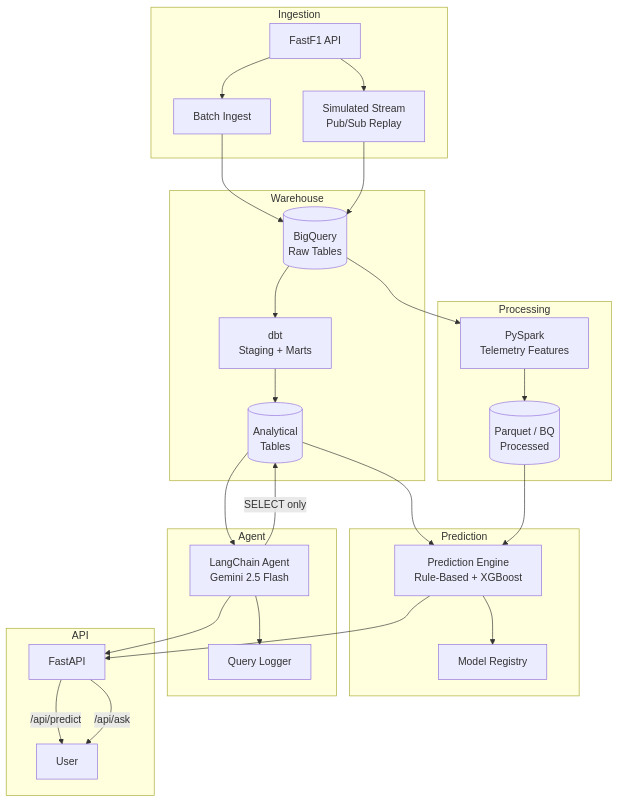
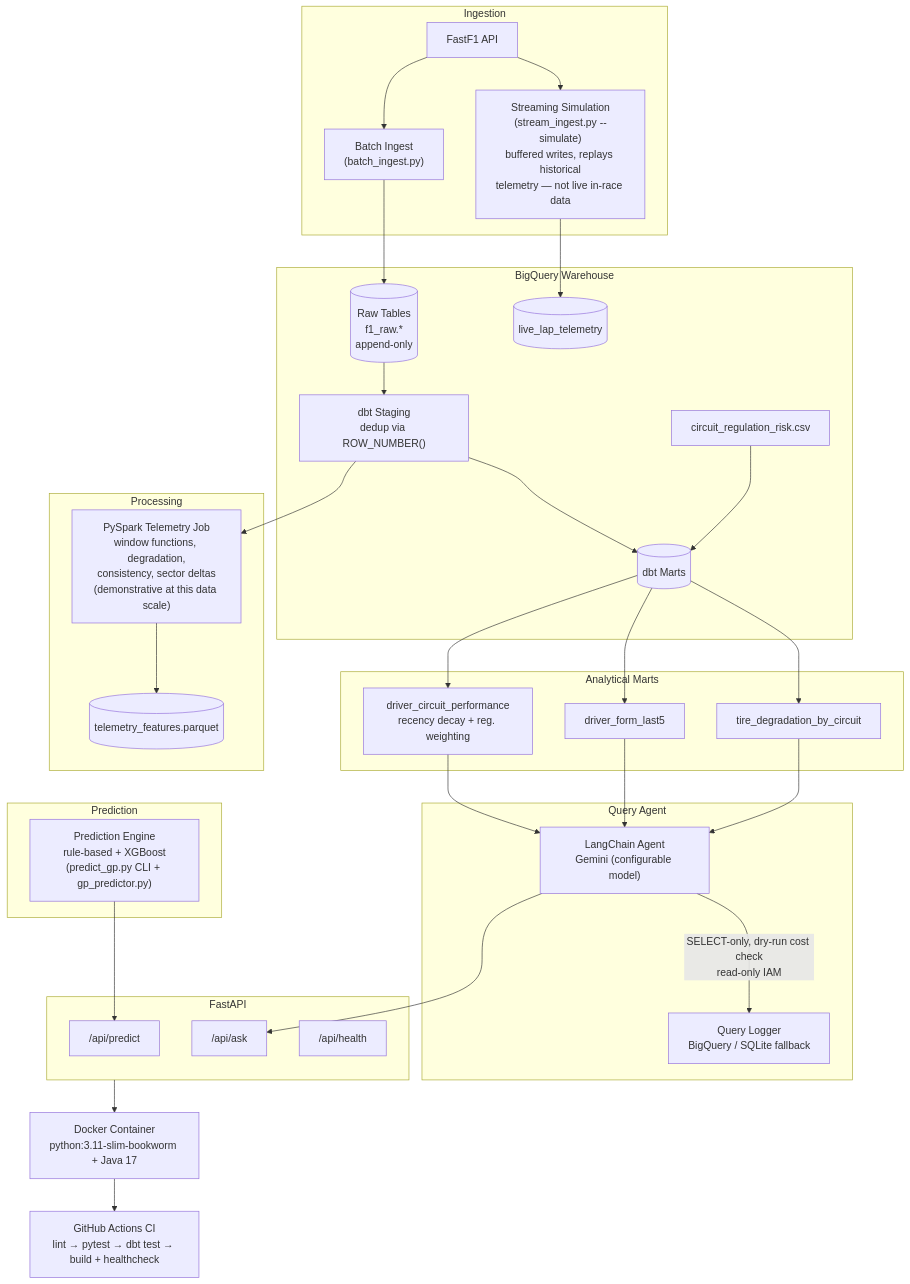
Before and after one commit to Aaryaman-Kattali/F1-Race-Intelligence-Platform: the diagram in README.md, drawn with Mermaid. The commit also changed other lines of this file, not shown here.

````diff
--- a/README.md
+++ b/README.md
@@ -7,38 +19,46 @@
 ```mermaid
 graph TB
     subgraph Ingestion
-        FF[FastF1 API] --> BI[Batch Ingest]
-        FF --> SI[Simulated Stream<br>Pub/Sub Replay]
+        FF[FastF1 API] --> BI["Batch Ingest<br/>(batch_ingest.py)"]
+        FF --> SI["Streaming Simulation<br/>(stream_ingest.py --simulate)<br/>buffered writes, replays historical<br/>telemetry — not live in-race data"]
     end
 
-    subgraph Warehouse
-        BI --> BQ[(BigQuery<br>Raw Tables)]
-        SI --> BQ
-        BQ --> DBT[dbt<br>Staging + Marts]
-        DBT --> AN[(Analytical<br>Tables)]
+    subgraph Warehouse["BigQuery Warehouse"]
+        BI --> RAW[("Raw Tables<br/>f1_raw.*<br/>append-only")]
+        SI --> LLT[("live_lap_telemetry")]
+        RAW --> STG["dbt Staging<br/>dedup via ROW_NUMBER()"]
+        STG --> MARTS[("dbt Marts")]
+        SEED["circuit_regulation_risk.csv"] --> MARTS
+    end
+
+    subgraph Marts["Analytical Marts"]
+        MARTS --> DCP["driver_circuit_performance<br/>recency decay + reg. weighting"]
+        MARTS --> DF5["driver_form_last5"]
+        MARTS --> TD["tire_degradation_by_circuit"]
     end
 
     subgraph Processing
-        BQ --> SP[PySpark<br>Telemetry Features]
-        SP --> PQ[(Parquet / BQ<br>Processed)]
+        STG --> SPARK["PySpark Telemetry Job<br/>window functions, degradation,<br/>consistency, sector deltas<br/>(demonstrative at this data scale)"]
+        SPARK --> PQ[("telemetry_features.parquet")]
     end
 
     subgraph Prediction
-        AN --> PE[Prediction Engine<br>Rule-Based + XGBoost]
-        PQ --> PE
-        PE --> MR[Model Registry]
+        PE["Prediction Engine<br/>rule-based + XGBoost<br/>(predict_gp.py CLI + gp_predictor.py)"]
     end
 
-    subgraph Agent
-        AN --> QA[LangChain Agent<br>Gemini 2.5 Flash]
-        QA -->|SELECT only| AN
-        QA --> QL[Query Logger]
+    subgraph Agent["Query Agent"]
+        DCP --> QA["LangChain Agent<br/>Gemini (configurable model)"]
+        DF5 --> QA
+        TD --> QA
+        QA -->|SELECT-only, dry-run cost check<br/>read-only IAM| QL["Query Logger<br/>BigQuery / SQLite fallback"]
     end
 
-    subgraph API
-        PE --> FA[FastAPI]
-        QA --> FA
-        FA -->|/api/predict| U[User]
-        FA -->|/api/ask| U
+    subgraph API["FastAPI"]
+        PE --> EP1["/api/predict"]
+        QA --> EP2["/api/ask"]
+        EP3["/api/health"]
     end
+
+    API --> DOCKER["Docker Container<br/>python:3.11-slim-bookworm + Java 17"]
+    DOCKER --> CI["GitHub Actions CI<br/>lint → pytest → dbt test → build + healthcheck"]
 ```
````
